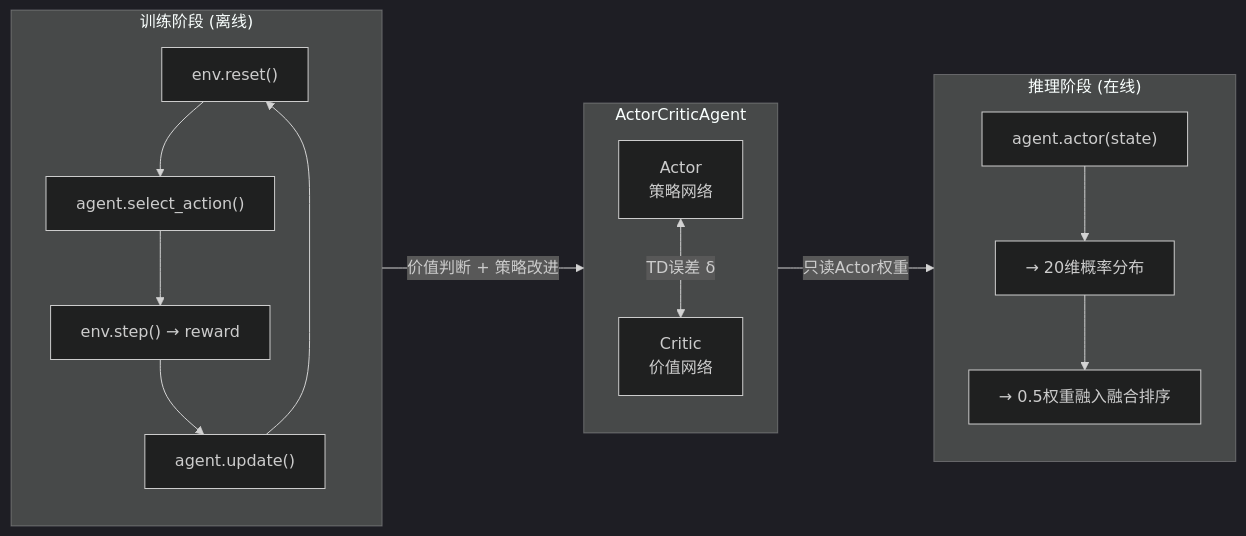
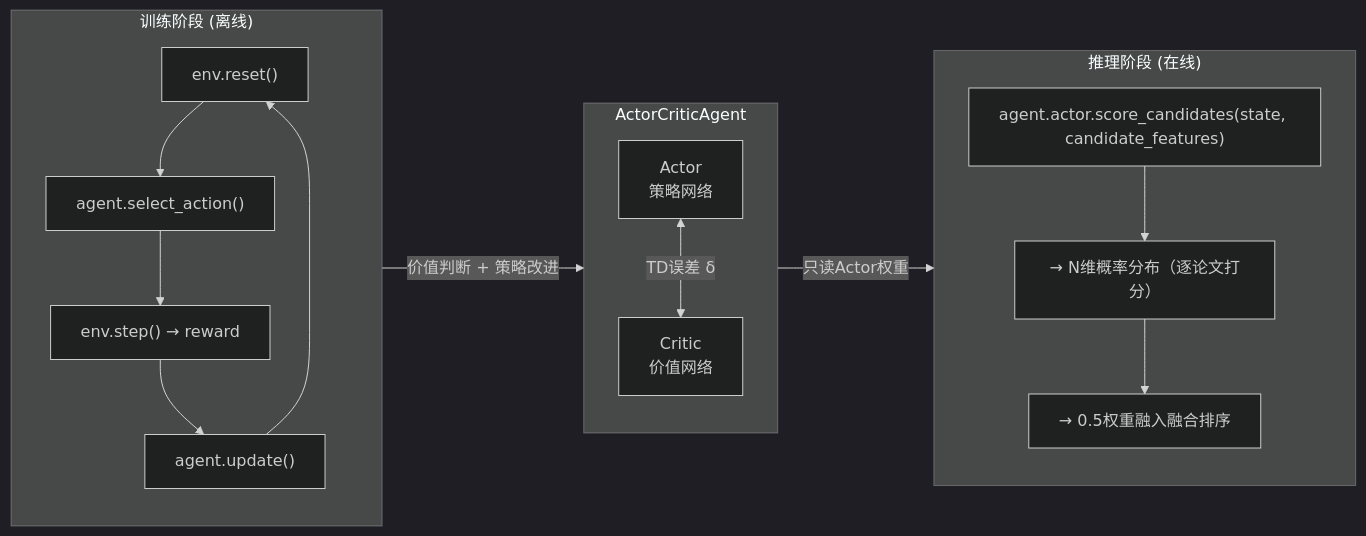
The sixth of 20 diagrams in docs/QA.md (this1is1i/ACSR), drawn with Mermaid (dark theme) before and after one commit. The commit also changed other lines of this file and 48 other files, not shown here.

````diff
--- a/docs/QA.md
+++ b/docs/QA.md
@@ -1294,25 +1314,25 @@
 ```mermaid
 flowchart LR
     subgraph TRAIN["训练阶段 (离线)"]
         direction TB
         T1["env.reset()"]
         T2["agent.select_action()"]
         T3["env.step() → reward"]
         T4["agent.update()"]
         T1 --> T2 --> T3 --> T4 --> T1
     end
     subgraph AGENT["ActorCriticAgent"]
         A["Actor<br/>策略网络"]
         C["Critic<br/>价值网络"]
         A <-->|"TD误差 δ"| C
     end
     subgraph INFER["推理阶段 (在线)"]
         direction TB
-        I1["agent.actor(state)"]
-        I2["→ 20维概率分布"]
+        I1["agent.actor.score_candidates(state, candidate_features)"]
+        I2["→ N维概率分布（逐论文打分）"]
         I3["→ 0.5权重融入融合排序"]
         I1 --> I2 --> I3
     end
     TRAIN -- "价值判断 + 策略改进" --> AGENT
     AGENT -- "只读Actor权重" --> INFER
 ```
````
